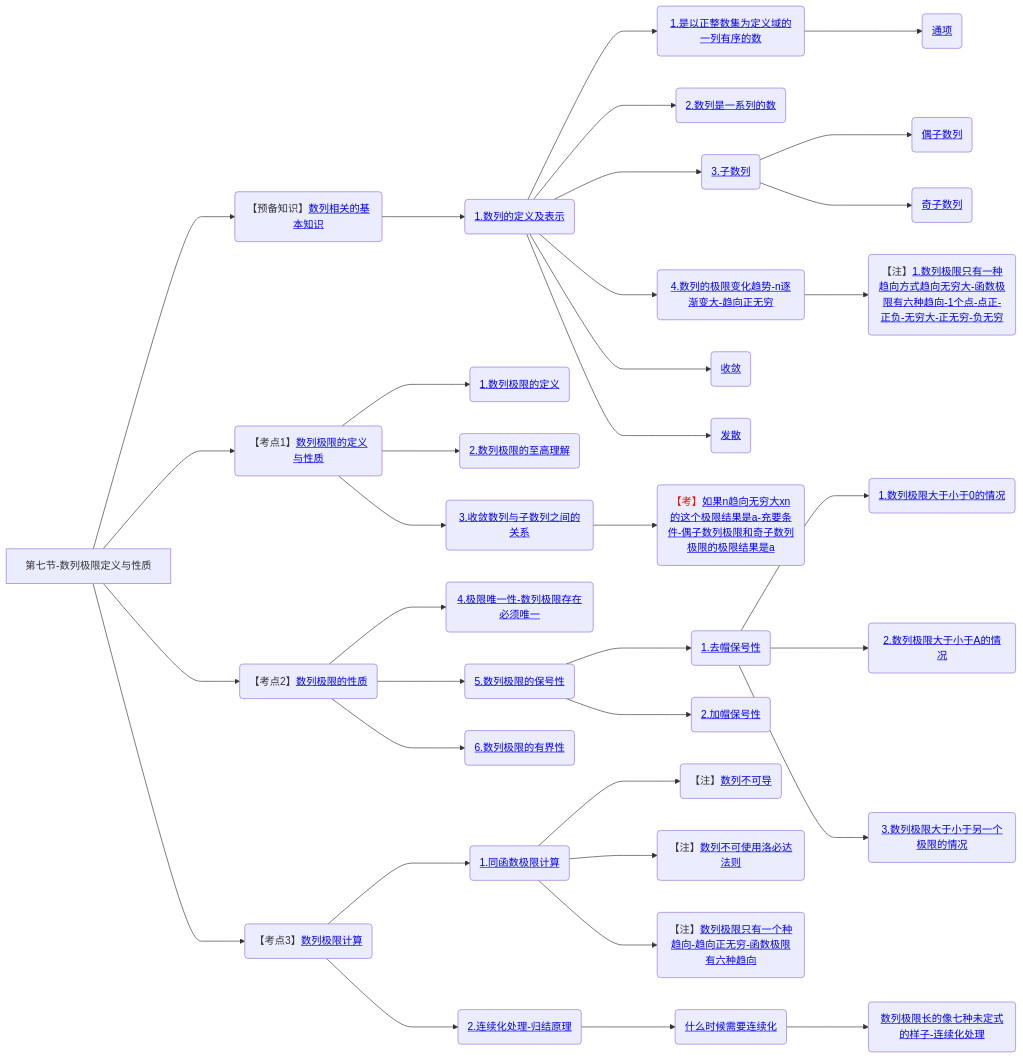
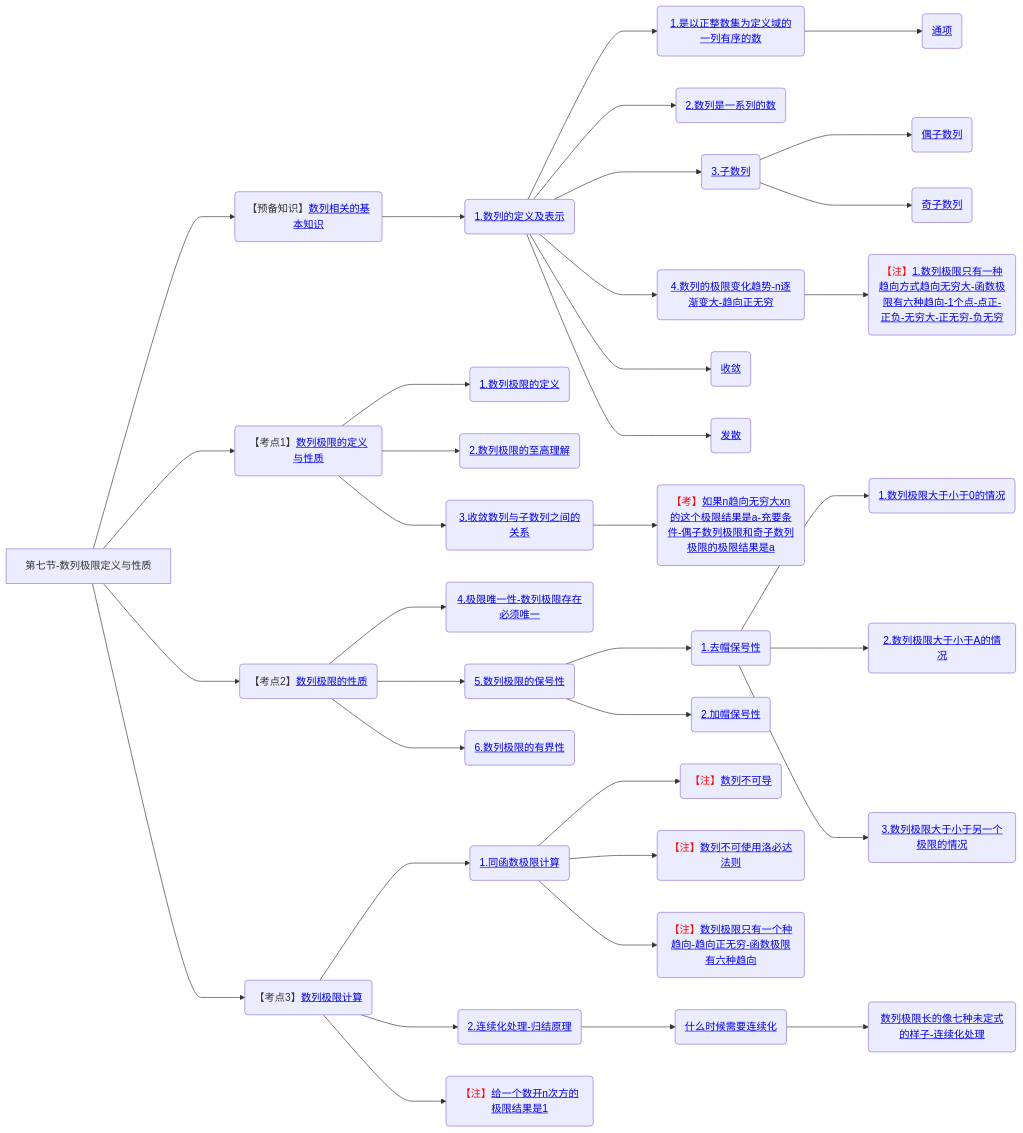
One commit to yuebinghui/note changed the seventh of 7 diagrams in 笔记/数学/周洋鑫/01.基础班思维导图.md. Above: the diagram before and after it, drawn with Mermaid. The commit also changed other lines of this file and 5 other files, not shown here.

````diff
--- a/笔记/数学/周洋鑫/01.基础班思维导图.md
+++ b/笔记/数学/周洋鑫/01.基础班思维导图.md
@@ -255,49 +255,50 @@
 ```mermaid
 graph LR
 第七节-数列极限定义与性质
 
 第七节-数列极限定义与性质--->数列相关的基本知识(【预备知识】<a href="/Users/yuebinghui/Documents/program/github/note/笔记/数学/周洋鑫/基础班/07.数列极限定义与性质.md#数列相关的基本知识">数列相关的基本知识</>)
 数列相关的基本知识--->1.数列的定义及表示(<a href="/Users/yuebinghui/Documents/program/github/note/笔记/数学/周洋鑫/基础班/07.数列极限定义与性质.md#1.数列的定义及表示">1.数列的定义及表示</>)
 1.数列的定义及表示--->1.是以正整数集为定义域的一列有序的数(<a href="/Users/yuebinghui/Documents/program/github/note/笔记/数学/周洋鑫/基础班/07.数列极限定义与性质.md#1.是以正整数集为定义域的一列有序的数">1.是以正整数集为定义域的一列有序的数</>)
 1.是以正整数集为定义域的一列有序的数--->通项(<a href="/Users/yuebinghui/Documents/program/github/note/笔记/数学/周洋鑫/基础班/07.数列极限定义与性质.md#通项">通项</>)
 
 1.数列的定义及表示--->2.数列是一系列的数(<a href="/Users/yuebinghui/Documents/program/github/note/笔记/数学/周洋鑫/基础班/07.数列极限定义与性质.md#2.数列是一系列的数">2.数列是一系列的数</>)
 
 1.数列的定义及表示--->3.子数列(<a href="/Users/yuebinghui/Documents/program/github/note/笔记/数学/周洋鑫/基础班/07.数列极限定义与性质.md#3.子数列">3.子数列</>)
 3.子数列--->偶子数列(<a href="/Users/yuebinghui/Documents/program/github/note/笔记/数学/周洋鑫/基础班/07.数列极限定义与性质.md#偶子数列">偶子数列</>)
 3.子数列--->奇子数列(<a href="/Users/yuebinghui/Documents/program/github/note/笔记/数学/周洋鑫/基础班/07.数列极限定义与性质.md#奇子数列">奇子数列</>)
 
 1.数列的定义及表示--->4.数列的极限变化趋势-n逐渐变大-趋向正无穷(<a href="/Users/yuebinghui/Documents/program/github/note/笔记/数学/周洋鑫/基础班/07.数列极限定义与性质.md#4.数列的极限变化趋势-n逐渐变大-趋向正无穷">4.数列的极限变化趋势-n逐渐变大-趋向正无穷</>)
-4.数列的极限变化趋势-n逐渐变大-趋向正无穷--->1.数列极限只有一种趋向方式趋向无穷大-函数极限有六种趋向-1个点-点正-正负-无穷大-正无穷-负无穷(【注】<a href="/Users/yuebinghui/Documents/program/github/note/笔记/数学/周洋鑫/基础班/07.数列极限定义与性质.md#1.数列极限只有一种趋向方式趋向无穷大-函数极限有六种趋向-1个点-点正-正负-无穷大-正无穷-负无穷">1.数列极限只有一种趋向方式趋向无穷大-函数极限有六种趋向-1个点-点正-正负-无穷大-正无穷-负无穷</>)
+4.数列的极限变化趋势-n逐渐变大-趋向正无穷--->1.数列极限只有一种趋向方式趋向无穷大-函数极限有六种趋向-1个点-点正-正负-无穷大-正无穷-负无穷(<span style="color:red">【注】</span><a href="/Users/yuebinghui/Documents/program/github/note/笔记/数学/周洋鑫/基础班/07.数列极限定义与性质.md#1.数列极限只有一种趋向方式趋向无穷大-函数极限有六种趋向-1个点-点正-正负-无穷大-正无穷-负无穷">1.数列极限只有一种趋向方式趋向无穷大-函数极限有六种趋向-1个点-点正-正负-无穷大-正无穷-负无穷</>)
 1.数列的定义及表示--->收敛(<a href="/Users/yuebinghui/Documents/program/github/note/笔记/数学/周洋鑫/基础班/07.数列极限定义与性质.md#收敛">收敛</>)
 1.数列的定义及表示--->发散(<a href="/Users/yuebinghui/Documents/program/github/note/笔记/数学/周洋鑫/基础班/07.数列极限定义与性质.md#发散">发散</>)
 
 
 第七节-数列极限定义与性质--->数列极限的定义与性质(【考点1】<a href="/Users/yuebinghui/Documents/program/github/note/笔记/数学/周洋鑫/基础班/07.数列极限定义与性质.md#数列极限的定义与性质">数列极限的定义与性质</>)
 数列极限的定义与性质--->1.数列极限的定义(<a href="/Users/yuebinghui/Documents/program/github/note/笔记/数学/周洋鑫/基础班/07.数列极限定义与性质.md#1.数列极限的定义">1.数列极限的定义</>)
 数列极限的定义与性质--->2.数列极限的至高理解(<a href="/Users/yuebinghui/Documents/program/github/note/笔记/数学/周洋鑫/基础班/07.数列极限定义与性质.md#2.数列极限的至高理解">2.数列极限的至高理解</>)
 数列极限的定义与性质--->3.收敛数列与子数列之间的关系(<a href="/Users/yuebinghui/Documents/program/github/note/笔记/数学/周洋鑫/基础班/07.数列极限定义与性质.md#3.收敛数列与子数列之间的关系">3.收敛数列与子数列之间的关系</>)
 3.收敛数列与子数列之间的关系--->如果n趋向无穷大xn的这个极限结果是a-充要条件-偶子数列极限和奇子数列极限的极限结果是a(<span style="color:red">【考】</span><a href="/Users/yuebinghui/Documents/program/github/note/笔记/数学/周洋鑫/基础班/07.数列极限定义与性质.md#如果n趋向无穷大xn的这个极限结果是a-充要条件-偶子数列极限和奇子数列极限的极限结果是a">如果n趋向无穷大xn的这个极限结果是a-充要条件-偶子数列极限和奇子数列极限的极限结果是a</>)
 
 第七节-数列极限定义与性质--->数列极限的性质(【考点2】<a href="/Users/yuebinghui/Documents/program/github/note/笔记/数学/周洋鑫/基础班/07.数列极限定义与性质.md#数列极限的性质">数列极限的性质</>)
 数列极限的性质--->4.极限唯一性-数列极限存在必须唯一(<a href="/Users/yuebinghui/Documents/program/github/note/笔记/数学/周洋鑫/基础班/07.数列极限定义与性质.md#4.极限唯一性-数列极限存在必须唯一">4.极限唯一性-数列极限存在必须唯一</>)
 数列极限的性质--->5.数列极限的保号性(<a href="/Users/yuebinghui/Documents/program/github/note/笔记/数学/周洋鑫/基础班/07.数列极限定义与性质.md#5.数列极限的保号性">5.数列极限的保号性</>)
 5.数列极限的保号性--->1.去帽保号性(<a href="/Users/yuebinghui/Documents/program/github/note/笔记/数学/周洋鑫/基础班/07.数列极限定义与性质.md#1.去帽保号性">1.去帽保号性</>)
 1.去帽保号性--->1.数列极限大于小于0的情况(<a href="/Users/yuebinghui/Documents/program/github/note/笔记/数学/周洋鑫/基础班/07.数列极限定义与性质.md#1.数列极限大于小于0的情况">1.数列极限大于小于0的情况</>)
 1.去帽保号性--->2.数列极限大于小于A的情况(<a href="/Users/yuebinghui/Documents/program/github/note/笔记/数学/周洋鑫/基础班/07.数列极限定义与性质.md#2.数列极限大于小于A的情况">2.数列极限大于小于A的情况</>)
 1.去帽保号性--->3.数列极限大于小于另一个极限的情况(<a href="/Users/yuebinghui/Documents/program/github/note/笔记/数学/周洋鑫/基础班/07.数列极限定义与性质.md#3.数列极限大于小于另一个极限的情况">3.数列极限大于小于另一个极限的情况</>)
 5.数列极限的保号性--->2.加帽保号性(<a href="/Users/yuebinghui/Documents/program/github/note/笔记/数学/周洋鑫/基础班/07.数列极限定义与性质.md#2.加帽保号性">2.加帽保号性</>)
 数列极限的性质--->6.数列极限的有界性(<a href="/Users/yuebinghui/Documents/program/github/note/笔记/数学/周洋鑫/基础班/07.数列极限定义与性质.md#6.数列极限的有界性">6.数列极限的有界性</>)
 
 第七节-数列极限定义与性质--->数列极限计算(【考点3】<a href="/Users/yuebinghui/Documents/program/github/note/笔记/数学/周洋鑫/基础班/07.数列极限定义与性质.md#数列极限计算">数列极限计算</>)
 数列极限计算--->1.同函数极限计算(<a href="/Users/yuebinghui/Documents/program/github/note/笔记/数学/周洋鑫/基础班/07.数列极限定义与性质.md#1.同函数极限计算">1.同函数极限计算</>)
-1.同函数极限计算--->数列不可导(【注】<a href="/Users/yuebinghui/Documents/program/github/note/笔记/数学/周洋鑫/基础班/07.数列极限定义与性质.md#数列不可导">数列不可导</>)
-1.同函数极限计算--->数列不可使用洛必达法则(【注】<a href="/Users/yuebinghui/Documents/program/github/note/笔记/数学/周洋鑫/基础班/07.数列极限定义与性质.md#数列不可使用洛必达法则">数列不可使用洛必达法则</>)
-1.同函数极限计算--->数列极限只有一个种趋向-趋向正无穷-函数极限有六种趋向(【注】<a href="/Users/yuebinghui/Documents/program/github/note/笔记/数学/周洋鑫/基础班/07.数列极限定义与性质.md#数列极限只有一个种趋向-趋向正无穷-函数极限有六种趋向">数列极限只有一个种趋向-趋向正无穷-函数极限有六种趋向</>)
+1.同函数极限计算--->数列不可导(<span style="color:red">【注】</span><a href="/Users/yuebinghui/Documents/program/github/note/笔记/数学/周洋鑫/基础班/07.数列极限定义与性质.md#数列不可导">数列不可导</>)
+1.同函数极限计算--->数列不可使用洛必达法则(<span style="color:red">【注】</span><a href="/Users/yuebinghui/Documents/program/github/note/笔记/数学/周洋鑫/基础班/07.数列极限定义与性质.md#数列不可使用洛必达法则">数列不可使用洛必达法则</>)
+1.同函数极限计算--->数列极限只有一个种趋向-趋向正无穷-函数极限有六种趋向(<span style="color:red">【注】</span><a href="/Users/yuebinghui/Documents/program/github/note/笔记/数学/周洋鑫/基础班/07.数列极限定义与性质.md#数列极限只有一个种趋向-趋向正无穷-函数极限有六种趋向">数列极限只有一个种趋向-趋向正无穷-函数极限有六种趋向</>)
 
 数列极限计算--->2.连续化处理-归结原理(<a href="/Users/yuebinghui/Documents/program/github/note/笔记/数学/周洋鑫/基础班/07.数列极限定义与性质.md#2.连续化处理-归结原理">2.连续化处理-归结原理</>)
 2.连续化处理-归结原理--->什么时候需要连续化(<a href="/Users/yuebinghui/Documents/program/github/note/笔记/数学/周洋鑫/基础班/07.数列极限定义与性质.md#什么时候需要连续化">什么时候需要连续化</>)
 什么时候需要连续化--->数列极限长的像七种未定式的样子-连续化处理(<a href="/Users/yuebinghui/Documents/program/github/note/笔记/数学/周洋鑫/基础班/07.数列极限定义与性质.md#数列极限长的像七种未定式的样子-连续化处理">数列极限长的像七种未定式的样子-连续化处理</>)
+数列极限计算--->给一个数开n次方的极限结果是1(<span style="color:red">【注】</span><a href="/Users/yuebinghui/Documents/program/github/note/笔记/数学/周洋鑫/基础班/07.数列极限定义与性质.md#给一个数开n次方的极限结果是1">给一个数开n次方的极限结果是1</>)
 
 
 ```
````
